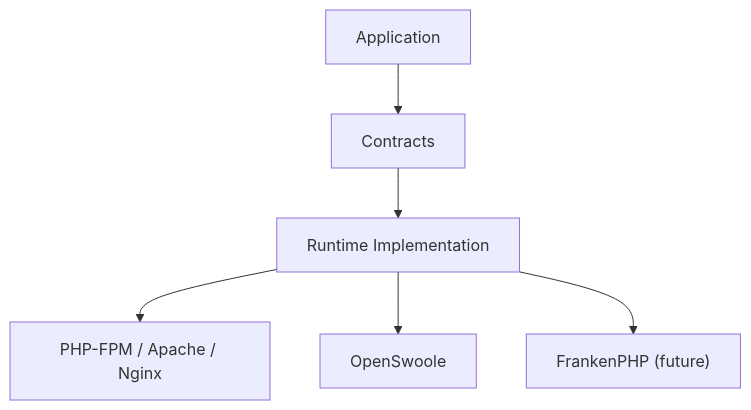
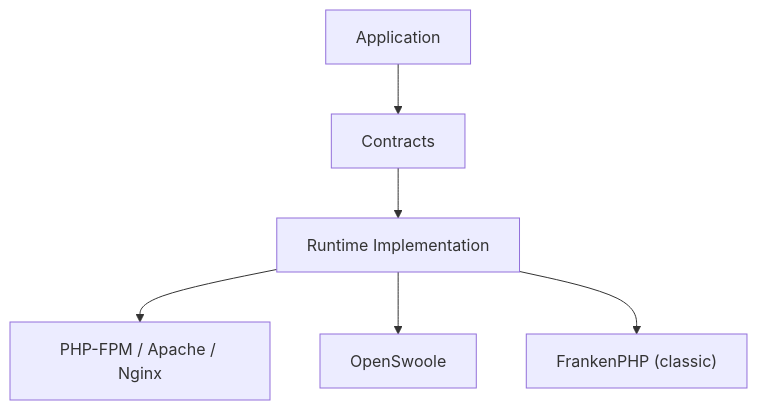
One commit to gemvc/gemvc changed the eighth of 17 diagrams in ARCHITECTURE.md. Above: the diagram before and after it, drawn with Mermaid. The commit also changed other lines of this file and 44 other files, not shown here.

Commit message:
FrankenPHP

````diff
--- a/ARCHITECTURE.md
+++ b/ARCHITECTURE.md
@@ -216,8 +216,8 @@
 ```mermaid
 flowchart TD
     Application --> Contracts
     Contracts --> RuntimeImpl["Runtime Implementation"]
     RuntimeImpl --> PHPFPM["PHP-FPM / Apache / Nginx"]
     RuntimeImpl --> OpenSwoole
-    RuntimeImpl --> FrankenPHP["FrankenPHP (future)"]
+    RuntimeImpl --> FrankenPHP["FrankenPHP (classic)"]
 ```
````
